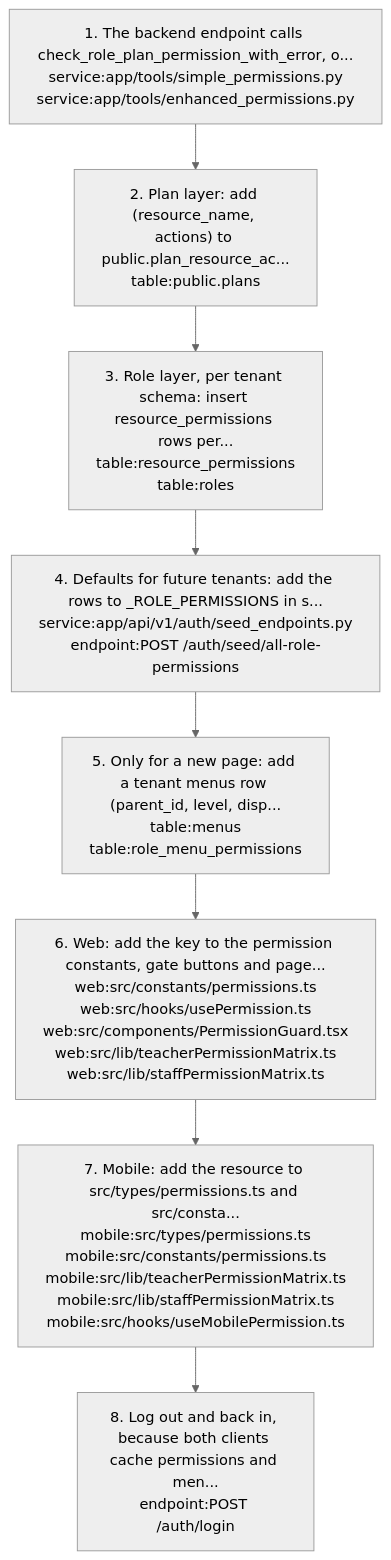
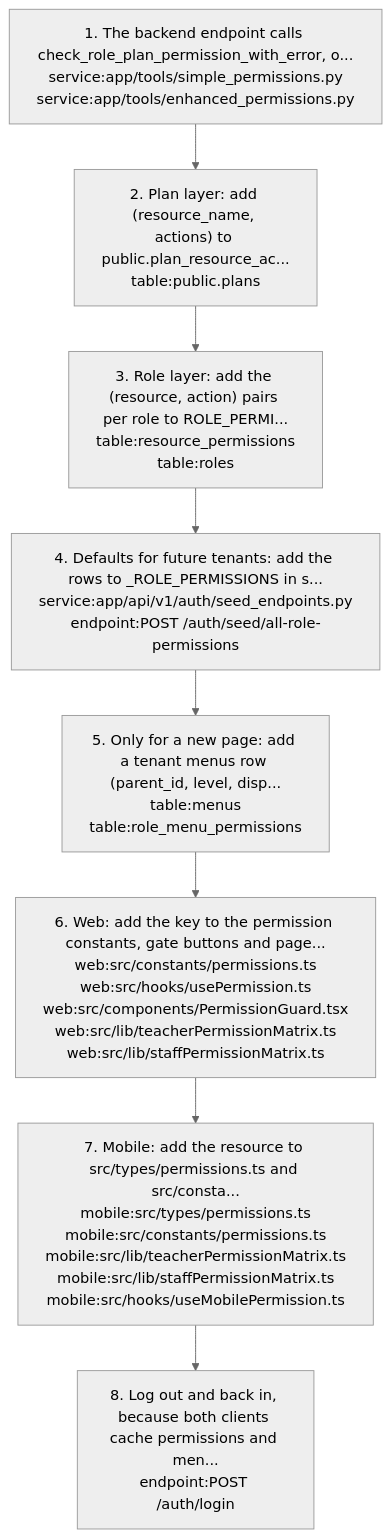
Before and after one commit to nerellasraj21/cos360_full_app: the third of 7 diagrams in docs/graph/views/platform.md, drawn with Mermaid (neutral theme). The commit also changed other lines of this file and 96 other files, not shown here.

First line of the commit message:
Convert Celery tasks and remaining per-schema code to tenant ids

````diff
--- a/docs/graph/views/platform.md
+++ b/docs/graph/views/platform.md
@@ -116,18 +117,18 @@
 ```mermaid
 flowchart TD
   s1["1. The backend endpoint calls check_role_plan_permission_with_error, o...<br/>service:app/tools/simple_permissions.py<br/>service:app/tools/enhanced_permissions.py"]
   s2["2. Plan layer: add (resource_name, actions) to public.plan_resource_ac...<br/>table:public.plans"]
   s1 --> s2
-  s3["3. Role layer, per tenant schema: insert resource_permissions rows per...<br/>table:resource_permissions<br/>table:roles"]
+  s3["3. Role layer: add the (resource, action) pairs per role to ROLE_PERMI...<br/>table:resource_permissions<br/>table:roles"]
   s2 --> s3
   s4["4. Defaults for future tenants: add the rows to _ROLE_PERMISSIONS in s...<br/>service:app/api/v1/auth/seed_endpoints.py<br/>endpoint:POST /auth/seed/all-role-permissions"]
   s3 --> s4
   s5["5. Only for a new page: add a tenant menus row (parent_id, level, disp...<br/>table:menus<br/>table:role_menu_permissions"]
   s4 --> s5
   s6["6. Web: add the key to the permission constants, gate buttons and page...<br/>web:src/constants/permissions.ts<br/>web:src/hooks/usePermission.ts<br/>web:src/components/PermissionGuard.tsx<br/>web:src/lib/teacherPermissionMatrix.ts<br/>web:src/lib/staffPermissionMatrix.ts"]
   s5 --> s6
   s7["7. Mobile: add the resource to src/types/permissions.ts and src/consta...<br/>mobile:src/types/permissions.ts<br/>mobile:src/constants/permissions.ts<br/>mobile:src/lib/teacherPermissionMatrix.ts<br/>mobile:src/lib/staffPermissionMatrix.ts<br/>mobile:src/hooks/useMobilePermission.ts"]
   s6 --> s7
   s8["8. Log out and back in, because both clients cache permissions and men...<br/>endpoint:POST /auth/login"]
   s7 --> s8
 ```
````
